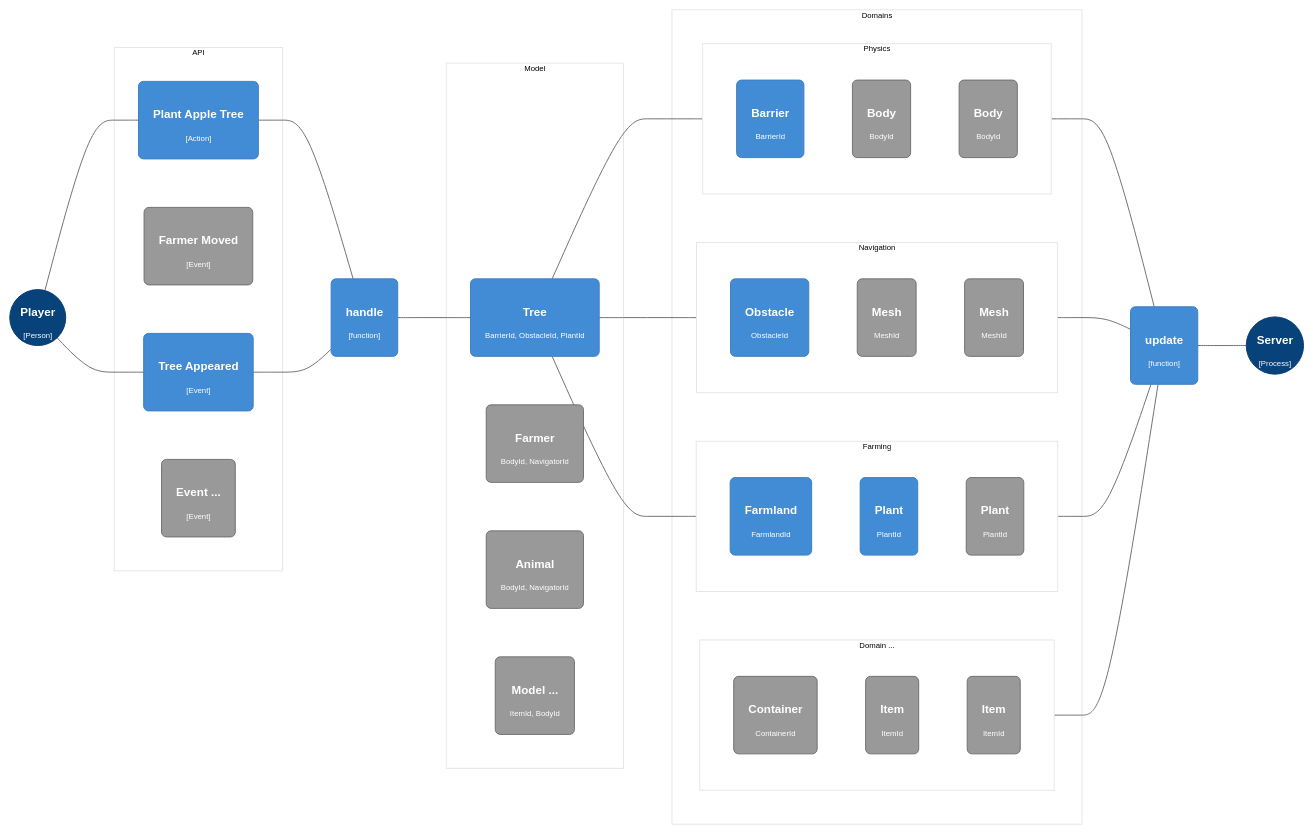
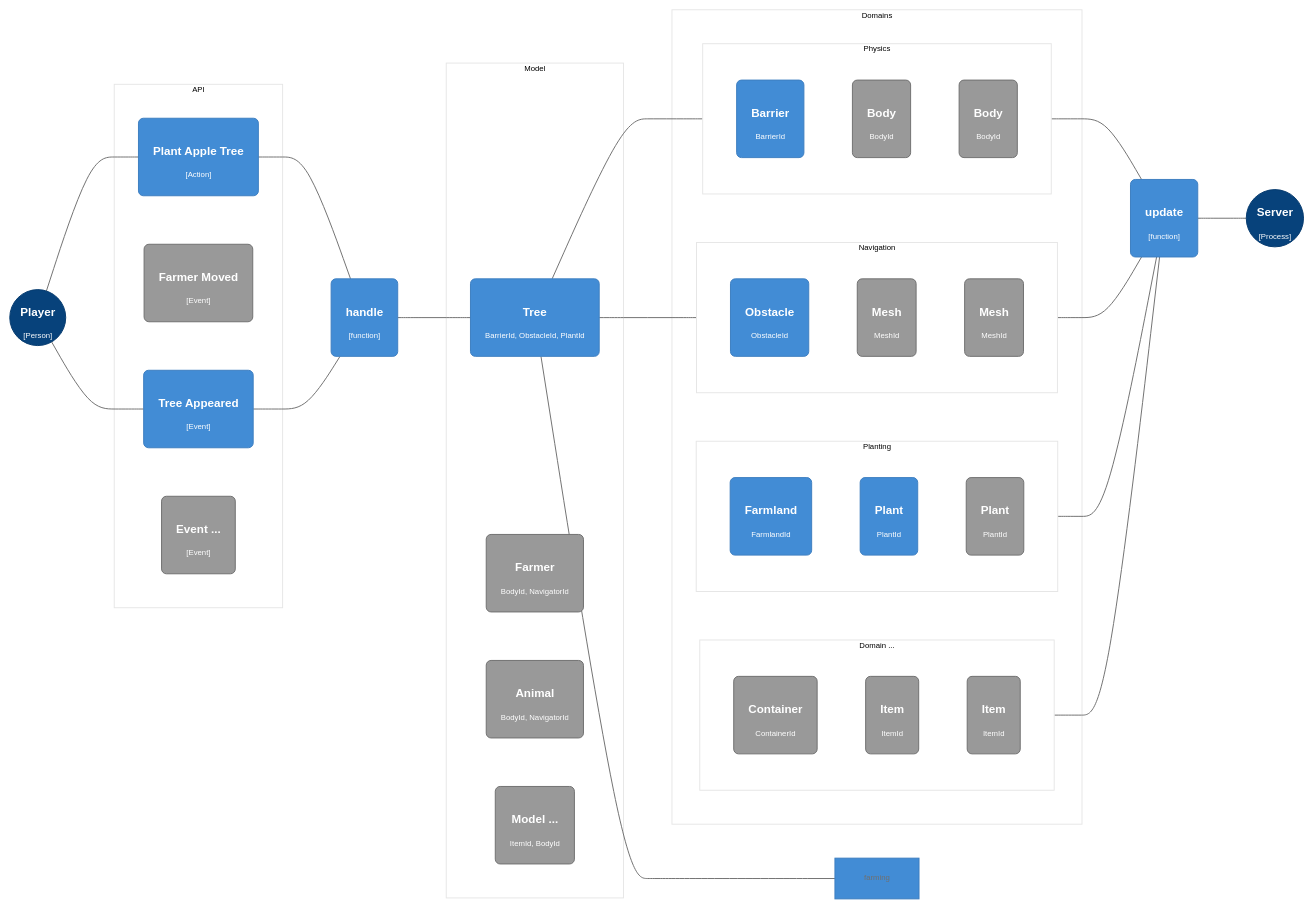
Before and after one commit to lebedec/farmisto: the diagram in game/README.md, drawn with Mermaid. The commit also changed other lines of this file, not shown here.

Commit message:
write about game architecture

```diff
--- a/game/README.md
+++ b/game/README.md
@@ -85,7 +111,7 @@
 		navigator2
 	end
 	
-	subgraph farming[Farming]
+	subgraph planting[Planting]
 		plant
 		plant1
 		plant2
@@ -100,10 +126,10 @@
 	subgraph domains[Domains]
 	        physics
 		navigation
-		farming 
+		planting 
 		inventory
 	end
-	physics & navigation & farming & inventory --- update --- server
+	physics & navigation & planting & inventory --- update --- server
 
 	classDef person fill:#07427b,stroke:#073b6f,color:white
 	classDef component color:white
```
